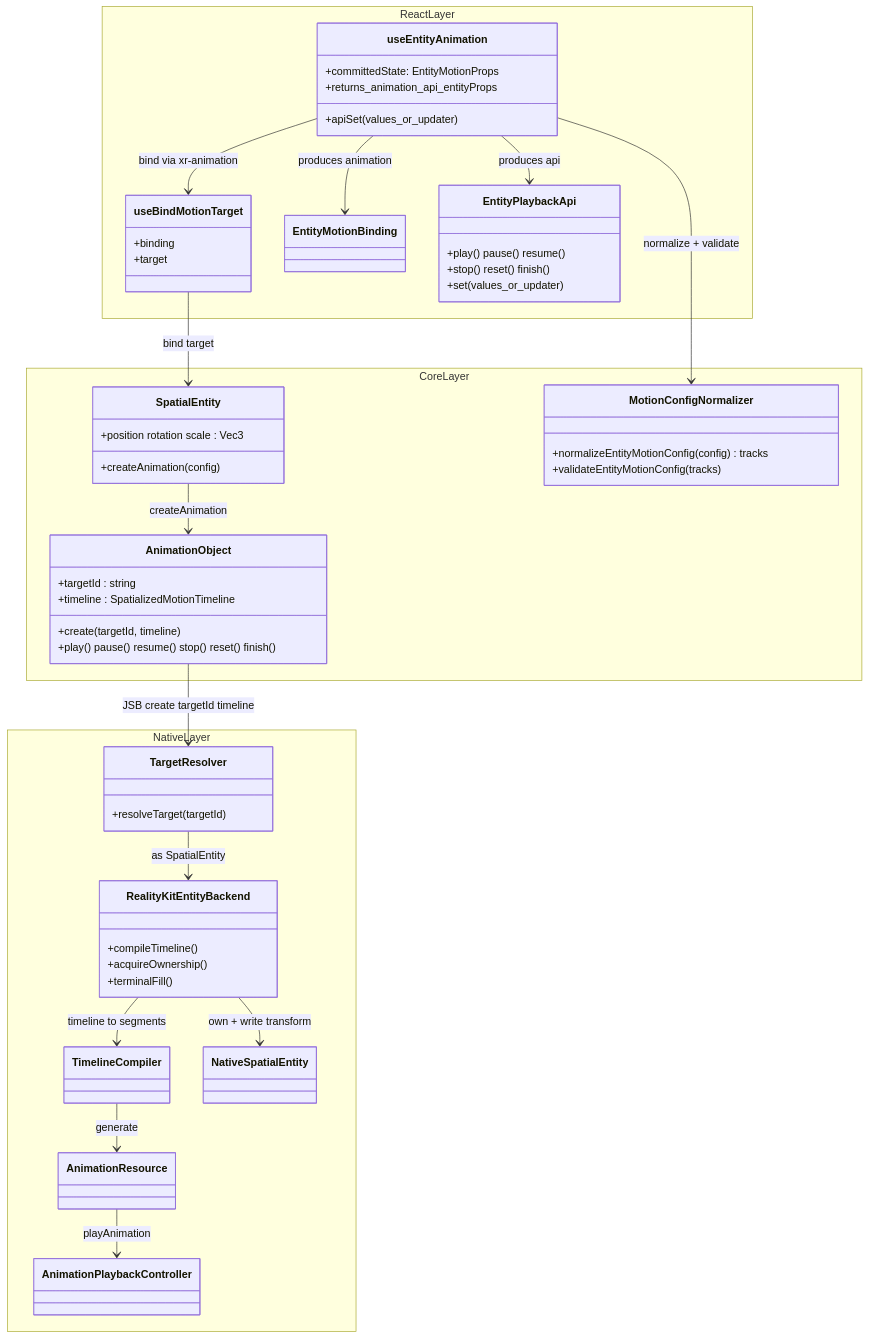
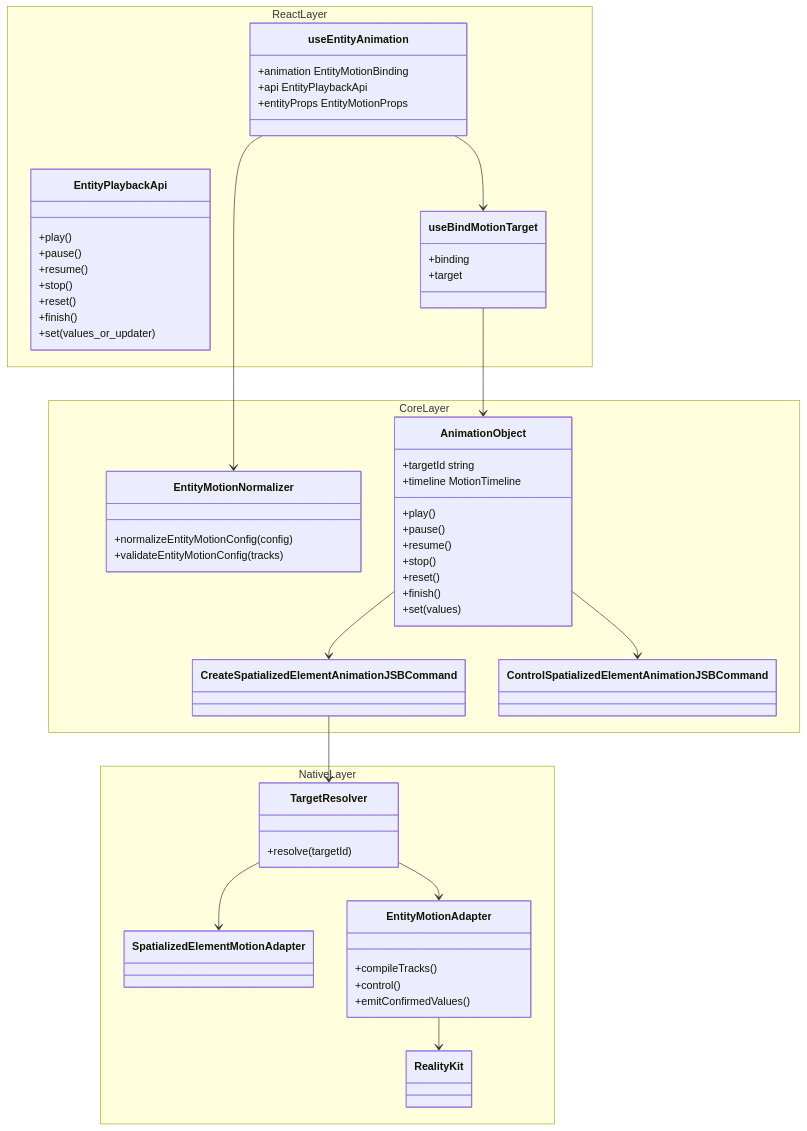
One commit to webspatial/webspatial-sdk changed the first of 4 diagrams in openspec/changes/redesign-entity-motion-api/design.md. Above: the diagram before and after it, drawn with Mermaid. The commit also changed other lines of this file and 1 other file, not shown here.

````diff
--- a/openspec/changes/redesign-entity-motion-api/design.md
+++ b/openspec/changes/redesign-entity-motion-api/design.md
@@ -156,63 +308,63 @@
 ```mermaid
 classDiagram
     namespace ReactLayer {
         class useEntityAnimation {
-            +committedState: EntityMotionProps
-            +apiSet(values_or_updater)
-            +returns_animation_api_entityProps
+            +animation EntityMotionBinding
+            +api EntityPlaybackApi
+            +entityProps EntityMotionProps
+        }
+        class EntityPlaybackApi {
+            +play()
+            +pause()
+            +resume()
+            +stop()
+            +reset()
+            +finish()
+            +set(values_or_updater)
         }
         class useBindMotionTarget {
             +binding
             +target
         }
-        class EntityMotionBinding
-        class EntityPlaybackApi {
-            +play() pause() resume()
-            +stop() reset() finish()
-            +set(values_or_updater)
-        }
     }
     namespace CoreLayer {
-        class SpatialEntity {
-            +position rotation scale : Vec3
-            +createAnimation(config)
-        }
-        class MotionConfigNormalizer {
-            +normalizeEntityMotionConfig(config) tracks
+        class EntityMotionNormalizer {
+            +normalizeEntityMotionConfig(config)
             +validateEntityMotionConfig(tracks)
         }
         class AnimationObject {
-            +targetId : string
-            +timeline : SpatializedMotionTimeline
-            +create(targetId, timeline)
-            +play() pause() resume() stop() reset() finish()
+            +targetId string
+            +timeline MotionTimeline
+            +play()
+            +pause()
+            +resume()
+            +stop()
+            +reset()
+            +finish()
+            +set(values)
         }
+        class CreateSpatializedElementAnimationJSBCommand
+        class ControlSpatializedElementAnimationJSBCommand
     }
     namespace NativeLayer {
         class TargetResolver {
-            +resolveTarget(targetId)
+            +resolve(targetId)
         }
-        class RealityKitEntityBackend {
-            +compileTimeline()
-            +acquireOwnership()
-            +terminalFill()
+        class SpatializedElementMotionAdapter
+        class EntityMotionAdapter {
+            +compileTracks()
+            +control()
+            +emitConfirmedValues()
         }
-        class TimelineCompiler
-        class AnimationResource
-        class AnimationPlaybackController
-        class NativeSpatialEntity
+        class RealityKit
     }
-
-    useEntityAnimation --> EntityMotionBinding : produces animation
-    useEntityAnimation --> EntityPlaybackApi : produces api
-    useEntityAnimation --> useBindMotionTarget : bind via xr-animation
-    useBindMotionTarget --> SpatialEntity : bind target
-    useEntityAnimation --> MotionConfigNormalizer : normalize + validate
-    SpatialEntity --> AnimationObject : createAnimation
-    AnimationObject --> TargetResolver : JSB create targetId timeline
-    TargetResolver --> RealityKitEntityBackend : as SpatialEntity
-    RealityKitEntityBackend --> TimelineCompiler : timeline to segments
-    TimelineCompiler --> AnimationResource : generate
-    AnimationResource --> AnimationPlaybackController : playAnimation
-    RealityKitEntityBackend --> NativeSpatialEntity : own + write transform
+    useEntityAnimation --> EntityMotionNormalizer
+    useEntityAnimation --> useBindMotionTarget
+    useBindMotionTarget --> AnimationObject
+    AnimationObject --> CreateSpatializedElementAnimationJSBCommand
+    AnimationObject --> ControlSpatializedElementAnimationJSBCommand
+    CreateSpatializedElementAnimationJSBCommand --> TargetResolver
+    TargetResolver --> SpatializedElementMotionAdapter
+    TargetResolver --> EntityMotionAdapter
+    EntityMotionAdapter --> RealityKit
 ```
````
